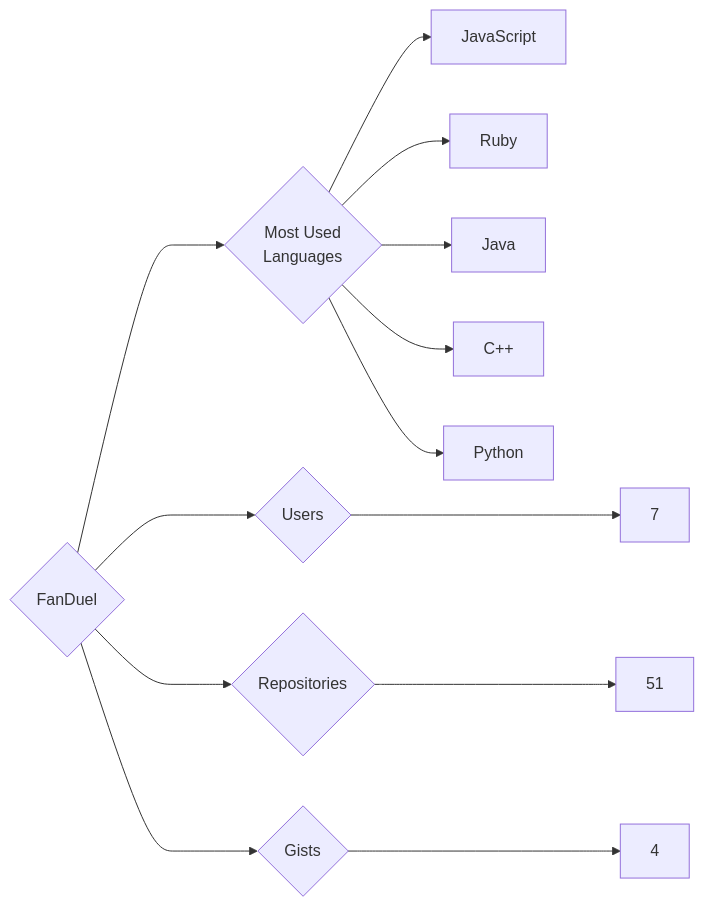
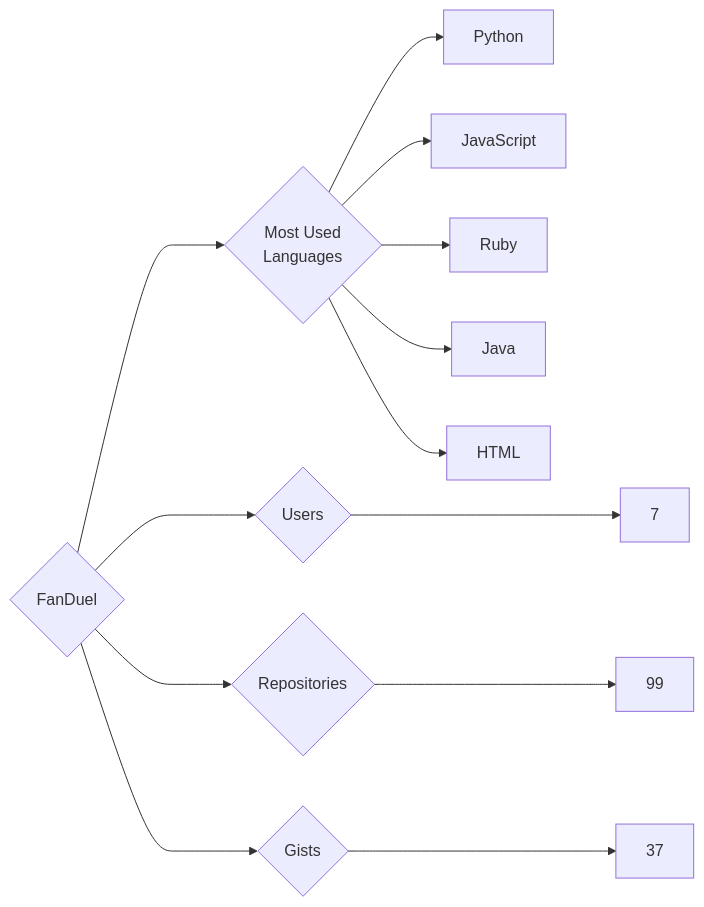
Before and after one commit to trickest/insiders: the diagram in targets/FanDuel/README.md, drawn with Mermaid. The commit also changed 618 other files, not shown here.

````diff
--- a/targets/FanDuel/README.md
+++ b/targets/FanDuel/README.md
@@ -3,13 +3,13 @@
 ```mermaid
 graph LR
 COMPANY_NAME{FanDuel}
 COMPANY_NAME ---> U{Users} ---> UN[7]
-COMPANY_NAME ---> R{Repositories} ---> RN[51]
-COMPANY_NAME ---> G{Gists} ---> GN[4]
+COMPANY_NAME ---> R{Repositories} ---> RN[99]
+COMPANY_NAME ---> G{Gists} ---> GN[37]
 COMPANY_NAME ---> ML{Most Used<br>Languages}
+ML --> Python[Python]
 ML --> JavaScript[JavaScript]
 ML --> Ruby[Ruby]
 ML --> Java[Java]
-ML --> C++[C++]
-ML --> Python[Python]
+ML --> HTML[HTML]
 ```
````
